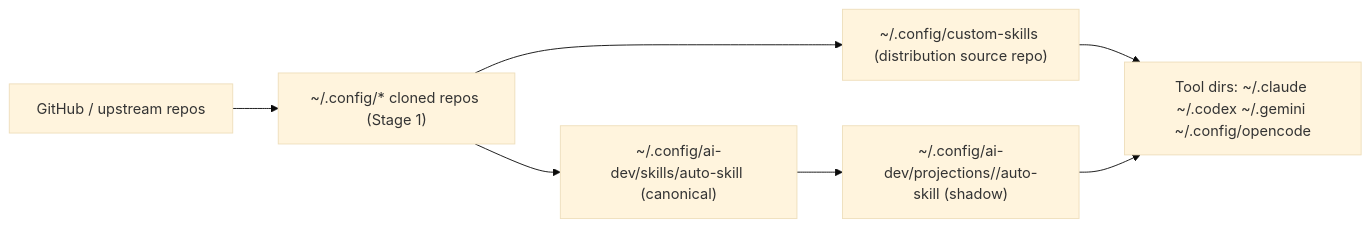
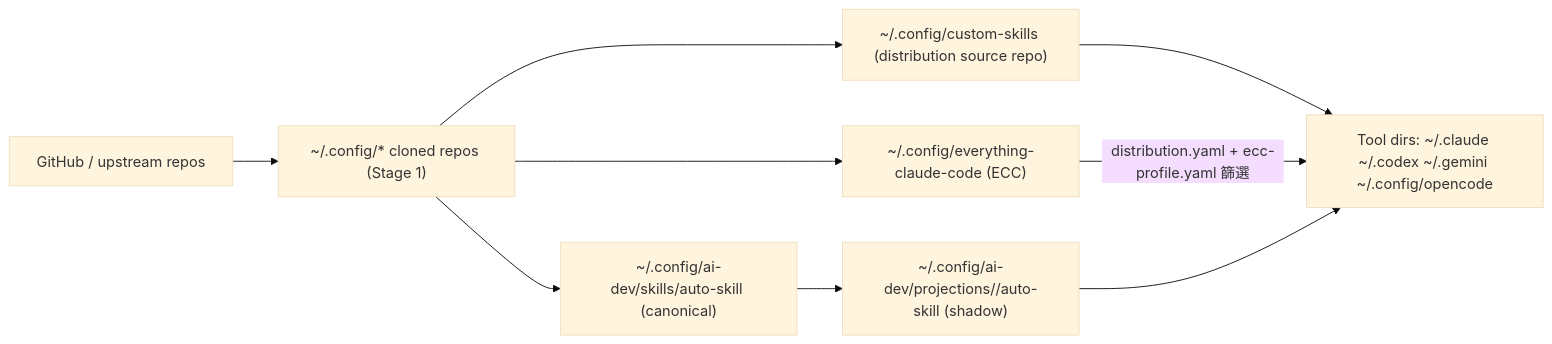
The first of 2 diagrams in docs/ai-dev指令與資料流參考.md (ValorVie/custom-skills), drawn with Mermaid (base theme) before and after one commit. The commit also changed other lines of this file and 1 other file, not shown here.

Commit message:
docs: 同步更新 CHANGELOG 與資料流參考文件
- CHANGELOG: 新增 ECC Skills 分類管理與使用者層級覆寫記錄
- ai-dev 指令與資料流參考: 新增 ecc-profile.yaml 狀態檔、ECC 分發流向

Generated with [Claude Code](https://claude.ai/code)
via [Happy](https://happy.engineering)

````diff
--- a/docs/ai-dev指令與資料流參考.md
+++ b/docs/ai-dev指令與資料流參考.md
@@ -66,9 +67,11 @@
 ```mermaid
 flowchart LR
     A["GitHub / upstream repos"] --> B["~/.config/* cloned repos (Stage 1)"]
     B --> C["~/.config/custom-skills (distribution source repo)"]
     C --> D["Tool dirs: ~/.claude ~/.codex ~/.gemini ~/.config/opencode"]
+    B --> G["~/.config/everything-claude-code (ECC)"]
+    G -->|"distribution.yaml + ecc-profile.yaml 篩選"| D
     B --> E["~/.config/ai-dev/skills/auto-skill (canonical)"]
     E --> F["~/.config/ai-dev/projections/<target>/auto-skill (shadow)"]
     F --> D
 ```
````
